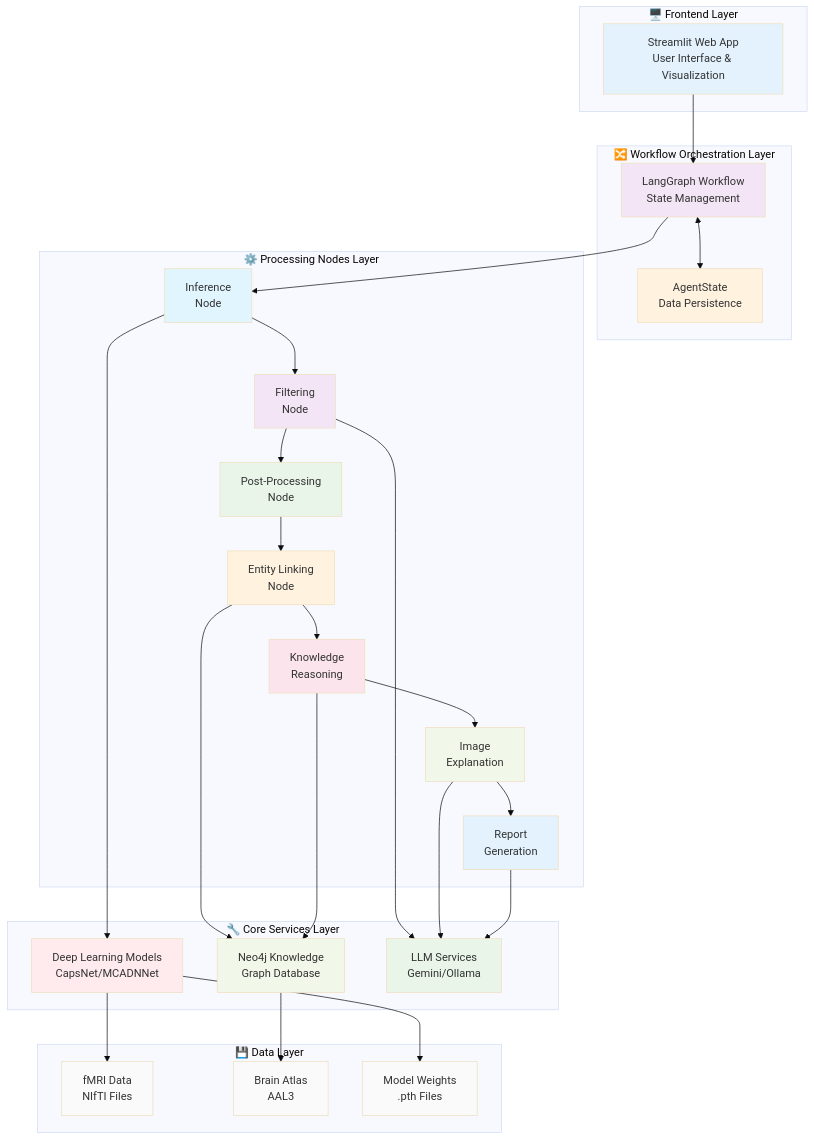
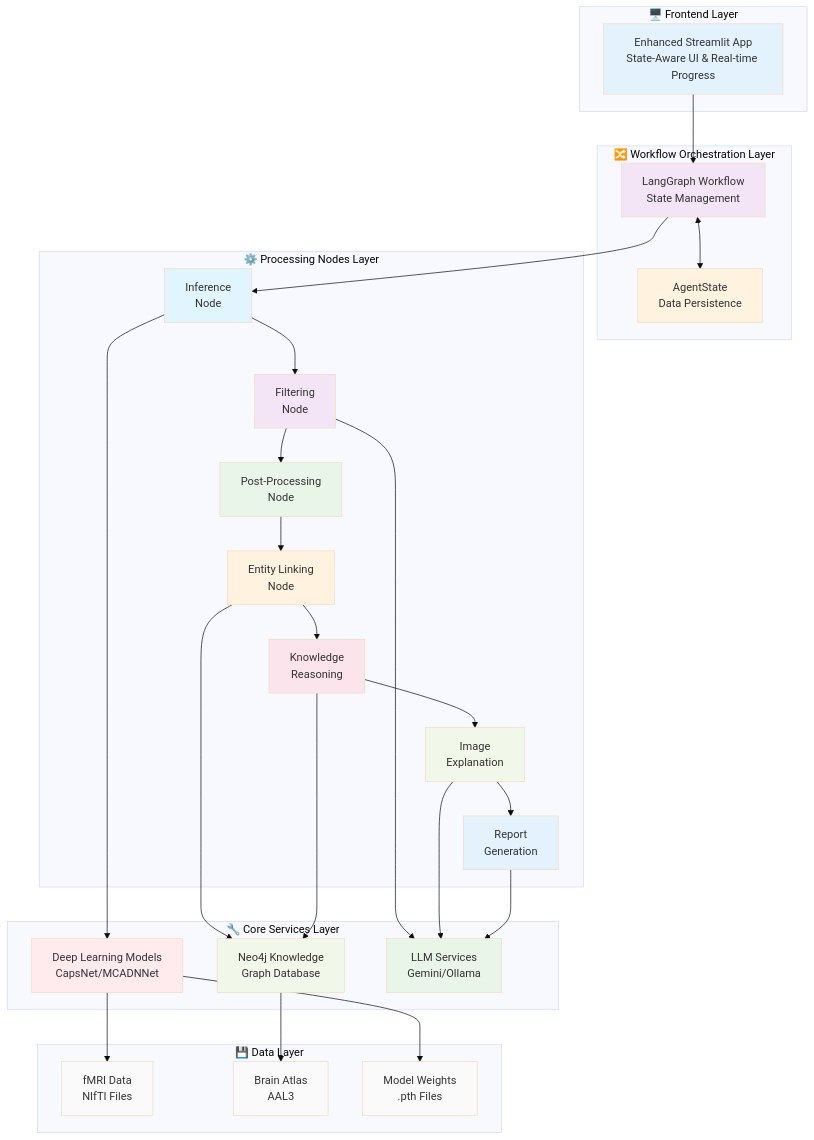
One commit to momonong/Cognivex changed the sixth of 6 diagrams in Agent.md. Above: the diagram before and after it, drawn with Mermaid (base theme). The commit also changed other lines of this file and 2 other files, not shown here.

Commit message:
Update some interface settings.

````diff
--- a/Agent.md
+++ b/Agent.md
@@ -282,66 +453,66 @@
 ```mermaid
 graph TB
     subgraph "🖥️ Frontend Layer"
-        A[Streamlit Web App<br/>User Interface & Visualization]
+        A[Enhanced Streamlit App<br/>State-Aware UI & Real-time Progress]
     end
     
     subgraph "🔀 Workflow Orchestration Layer"
         B[LangGraph Workflow<br/>State Management]
         C[AgentState<br/>Data Persistence]
         B <--> C
     end
     
     subgraph "⚙️ Processing Nodes Layer"
         D1[Inference<br/>Node]
         D2[Filtering<br/>Node]
         D3[Post-Processing<br/>Node]
         D4[Entity Linking<br/>Node]
         D5[Knowledge<br/>Reasoning]
         D6[Image<br/>Explanation]
         D7[Report<br/>Generation]
         
         D1 --> D2 --> D3 --> D4 --> D5 --> D6 --> D7
     end
     
     subgraph "🔧 Core Services Layer"
         E1[Deep Learning Models<br/>CapsNet/MCADNNet]
         E2[Neo4j Knowledge<br/>Graph Database]
         E3[LLM Services<br/>Gemini/Ollama]
     end
     
     subgraph "💾 Data Layer"
         F1[fMRI Data<br/>NIfTI Files]
         F2[Brain Atlas<br/>AAL3]
         F3[Model Weights<br/>.pth Files]
     end
     
     A --> B
     B --> D1
     D1 --> E1
     D2 --> E3
     D4 --> E2
     D5 --> E2
     D6 --> E3
     D7 --> E3
     
     E1 --> F1
     E1 --> F3
     E2 --> F2
     
     style A fill:#e3f2fd
     style B fill:#f3e5f5
     style C fill:#fff3e0
     style D1 fill:#e1f5fe
     style D2 fill:#f3e5f5
     style D3 fill:#e8f5e8
     style D4 fill:#fff3e0
     style D5 fill:#fce4ec
     style D6 fill:#f1f8e9
     style D7 fill:#e3f2fd
     style E1 fill:#ffebee
     style E2 fill:#f1f8e9
     style E3 fill:#e8f5e8
     style F1 fill:#fafafa
     style F2 fill:#fafafa
     style F3 fill:#fafafa
 ```
````
